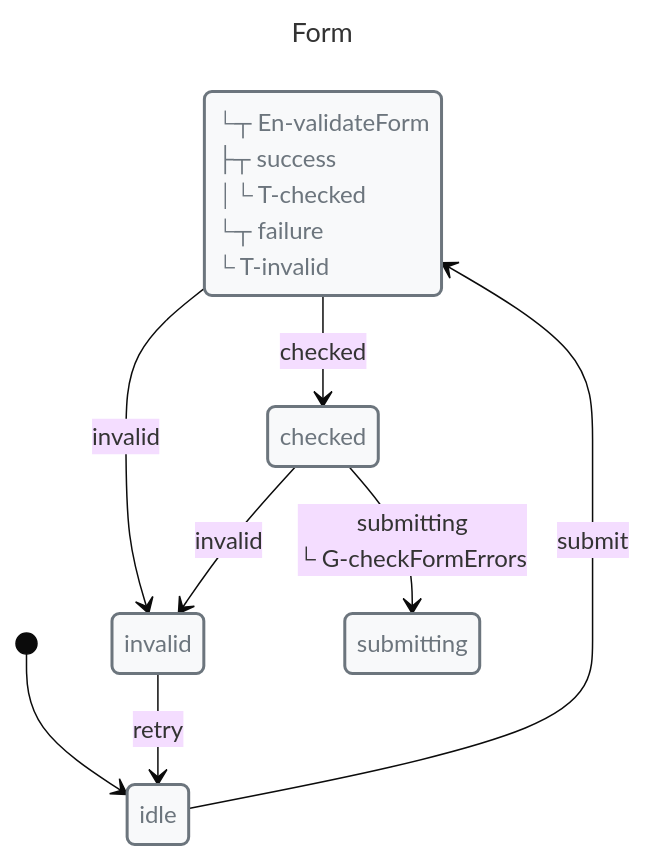
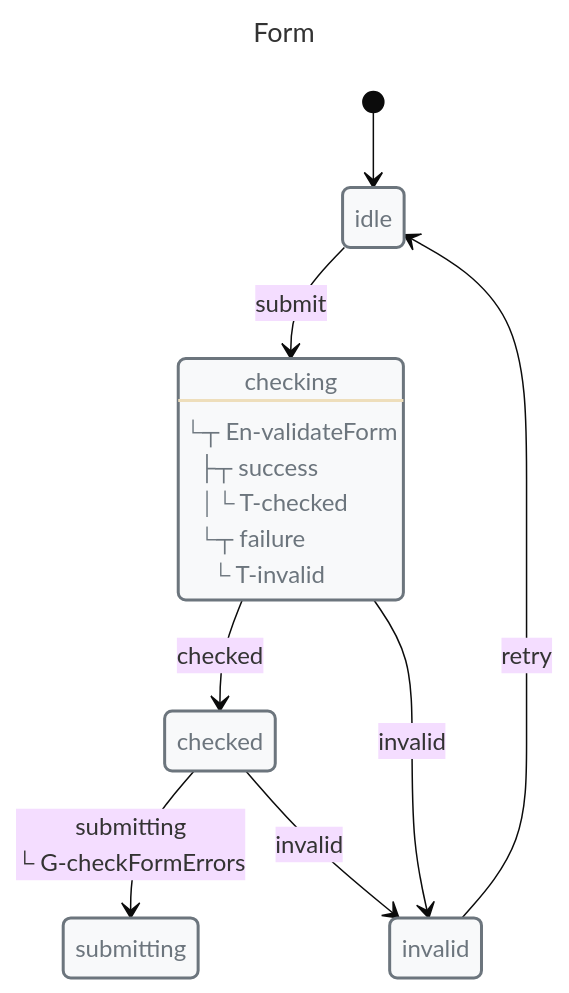
Before and after one commit to Masquerade-Circus/x-robot: the second of 3 diagrams in docs/guides/guards.md, drawn with Mermaid (base theme). The commit also changed other lines of this file and 123 other files, not shown here.

Commit message:
refactor: improve mermaid code

````diff
--- a/docs/guides/guards.md
+++ b/docs/guides/guards.md
@@ -61,35 +61,36 @@
 ```mermaid
 ---
 title: Form
 ---
 
 stateDiagram-v2
+direction TB
 
 classDef danger fill:#f8d7da,stroke:#721c24,stroke-width:2px,text-align:left,color:#721c24
 classDef warning fill:#fff3cd,stroke:#856404,stroke-width:2px,text-align:left,color:#856404
 classDef success fill:#d4edda,stroke:#155724,stroke-width:2px,text-align:left,color:#155724
 classDef primary fill:#cce5ff,stroke:#004085,stroke-width:2px,text-align:left,color:#004085
 classDef info fill:#d1ecf1,stroke:#0c5460,stroke-width:2px,text-align:left,color:#0c5460
 classDef def fill:#f8f9fa,stroke:#6c757d,stroke-width:2px,text-align:left,color:#6c757d
 
-state idle
-state checking
-state checked
-state invalid
-state submitting
+state "idle" as idle
+state "checking" as checking
+state "checked" as checked
+state "invalid" as invalid
+state "submitting" as submitting
 class idle def
 class checking def
 class checked def
 class invalid def
 class submitting def
 
-checking: └┬ En-validateForm<br> ├┬ success<br> │└ T-checked<br> └┬ failure<br>  └ T-invalid
+checking: └┬ En-validateForm<br> ├┬ success<br> │└ T-checked<br> └┬ failure<br>  └ T-invalid
 
 [*] --> idle
 idle --> checking: submit
 checking --> checked: checked
 checking --> invalid: invalid
 checked --> submitting: submitting<br>└ G-checkFormErrors
 checked --> invalid: invalid
 invalid --> idle: retry
 ```
````
